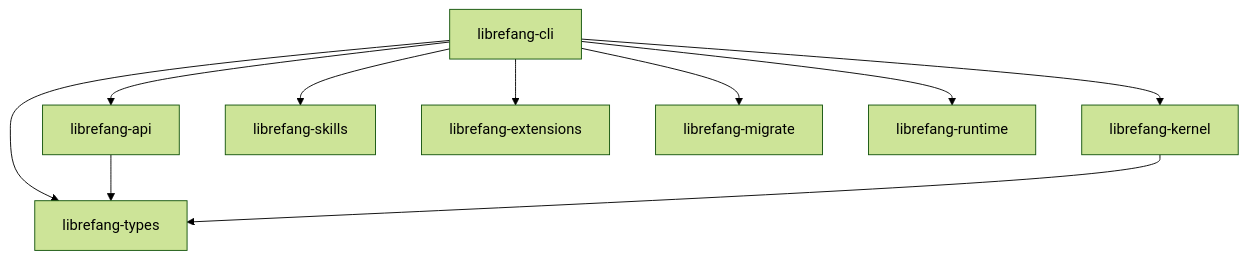
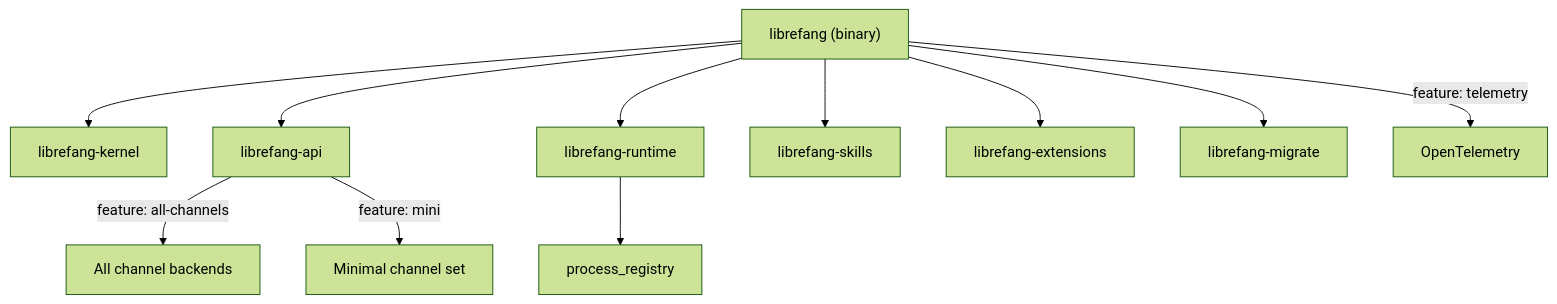
Before and after one commit to leszek3737/librefang-WIki: the diagram in other-librefang-cli.md, drawn with Mermaid (forest theme). The commit also changed other lines of this file and 93 other files, not shown here.

````diff
--- a/other-librefang-cli.md
+++ b/other-librefang-cli.md
@@ -11,12 +23,14 @@
 ```mermaid
 graph TD
-    CLI[librefang-cli] --> Kernel[librefang-kernel]
-    CLI --> API[librefang-api]
-    CLI --> Skills[librefang-skills]
-    CLI --> Extensions[librefang-extensions]
-    CLI --> Migrate[librefang-migrate]
-    CLI --> Runtime[librefang-runtime]
-    CLI --> Types[librefang-types]
-    API --> Types
-    Kernel --> Types
+    CLI["librefang (binary)"]
+    CLI --> Kernel["librefang-kernel"]
+    CLI --> API["librefang-api"]
+    CLI --> Runtime["librefang-runtime"]
+    CLI --> Skills["librefang-skills"]
+    CLI --> Extensions["librefang-extensions"]
+    CLI --> Migrate["librefang-migrate"]
+    API --> |"feature: all-channels"| Channels["All channel backends"]
+    API --> |"feature: mini"| Mini["Minimal channel set"]
+    CLI --> |"feature: telemetry"| OTEL["OpenTelemetry"]
+    Runtime --> PR["process_registry"]
 ```
````
